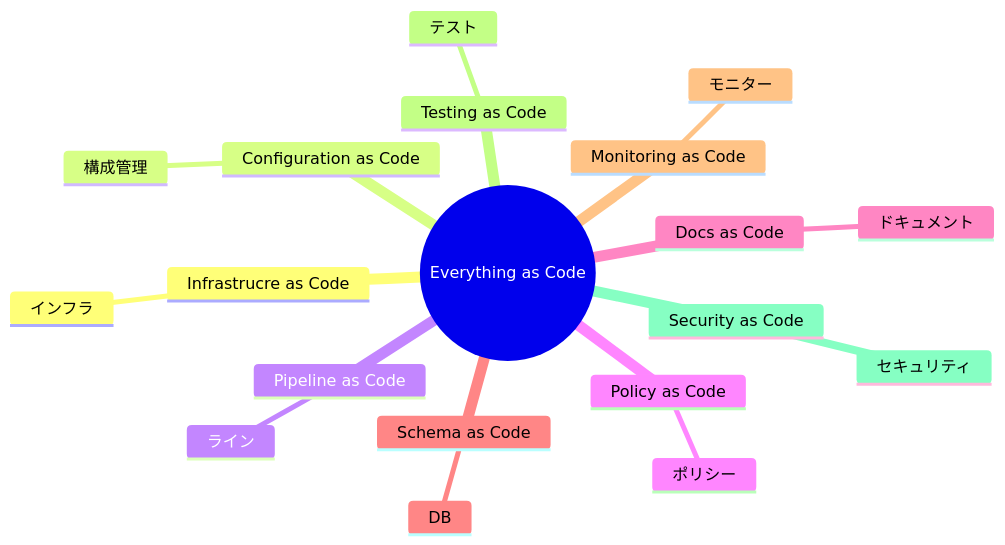
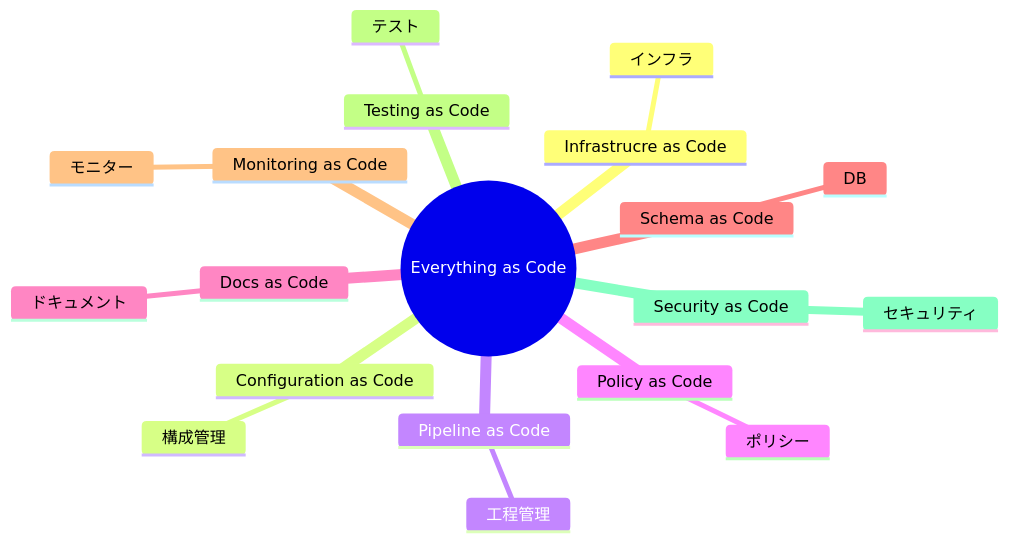
Before and after one commit to gongyong/docs: the second of 4 diagrams in pages/gitlab_philosophy/devops_level_assessment.mdx, drawn with Mermaid. The commit also changed other lines of this file and 1 other file, not shown here.

````diff
--- a/pages/gitlab_philosophy/devops_level_assessment.mdx
+++ b/pages/gitlab_philosophy/devops_level_assessment.mdx
@@ -156,22 +156,22 @@
 ```mermaid
 mindmap
   root((Everything as Code))
     Infrastrucre as Code
         インフラ
     Configuration as Code
         構成管理
     Pipeline as Code
-        ライン
+        工程管理
     Policy as Code
         ポリシー
     Docs as Code
         ドキュメント
     Schema as Code
         DB
     Monitoring as Code
         モニター
     Testing as Code
         テスト
 　  Security as Code 
         セキュリティ
 ```
````
